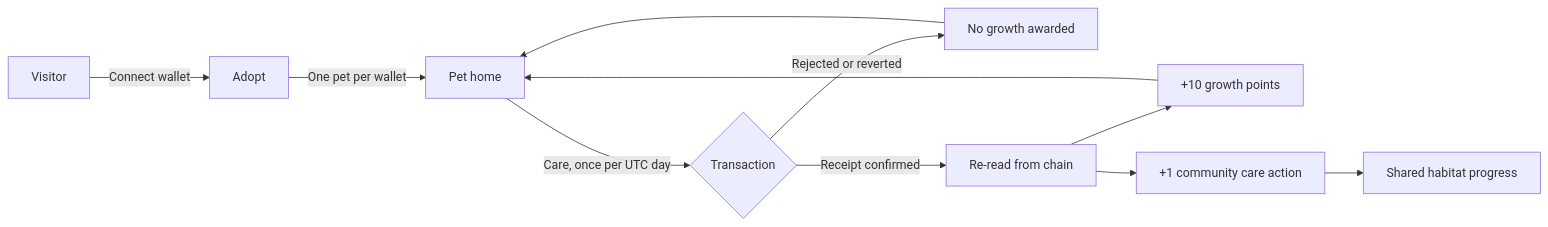
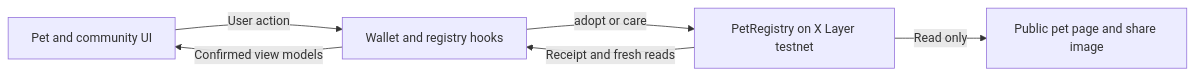
Before and after one commit to Chi944/memepet: the diagram in README.md, drawn with Mermaid. The commit also changed other lines of this file and 13 other files, not shown here.

````diff
--- a/README.md
+++ b/README.md
@@ -128,13 +61,8 @@
 ```mermaid
 flowchart LR
-    A[Visitor] -->|Connect wallet| B[Adopt]
-    B -->|One pet per wallet| C[Pet home]
-    C -->|Care, once per UTC day| D{Transaction}
-    D -->|Rejected or reverted| E[No growth awarded]
-    D -->|Receipt confirmed| F[Re-read from chain]
-    F --> G[+10 growth points]
-    F --> H[+1 community care action]
-    E --> C
-    G --> C
-    H --> I[Shared habitat progress]
+    A[Pet and community UI] -->|User action| B[Wallet and registry hooks]
+    B -->|adopt or care| C[PetRegistry on X Layer testnet]
+    C -->|Receipt and fresh reads| B
+    B -->|Confirmed view models| A
+    C -->|Read only| D[Public pet page and share image]
 ```
````
